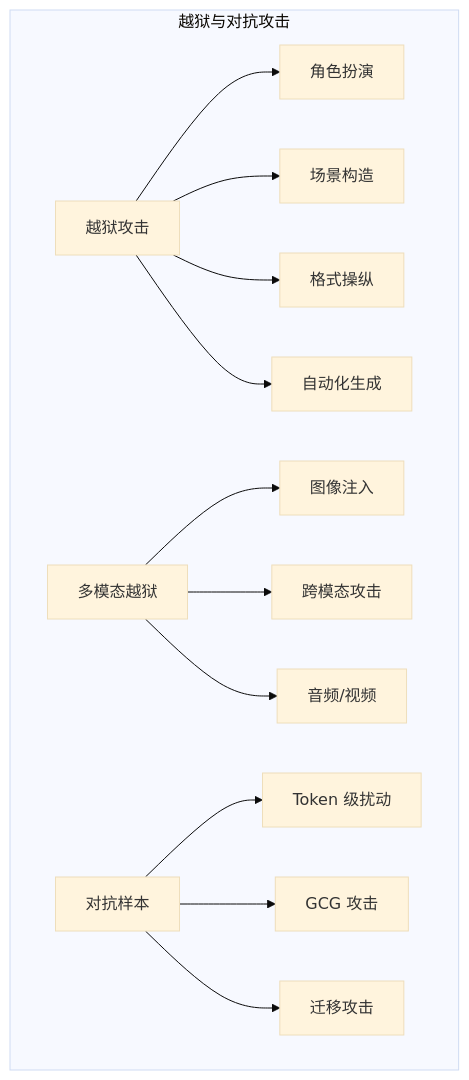
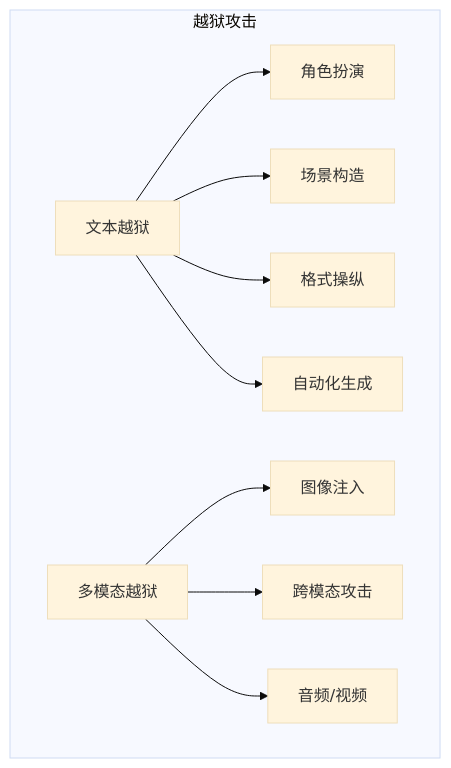
The diagram in 05_jailbreak/summary.md (yeasy/ai_security_guide), drawn with Mermaid (base theme) before and after one commit. The commit also changed other lines of this file and 19 other files, not shown here.

````diff
--- a/05_jailbreak/summary.md
+++ b/05_jailbreak/summary.md
@@ -17,17 +15,13 @@
 ```mermaid
 graph TB
-    subgraph "越狱与对抗攻击"
-    A["越狱攻击"] --> A1["角色扮演"]
+    subgraph "越狱攻击"
+    A["文本越狱"] --> A1["角色扮演"]
     A --> A2["场景构造"]
     A --> A3["格式操纵"]
     A --> A4["自动化生成"]
 
     B["多模态越狱"] --> B1["图像注入"]
     B --> B2["跨模态攻击"]
     B --> B3["音频/视频"]
-
-    C["对抗样本"] --> C1["Token 级扰动"]
-    C --> C2["GCG 攻击"]
-    C --> C3["迁移攻击"]
     end
 ```
````
